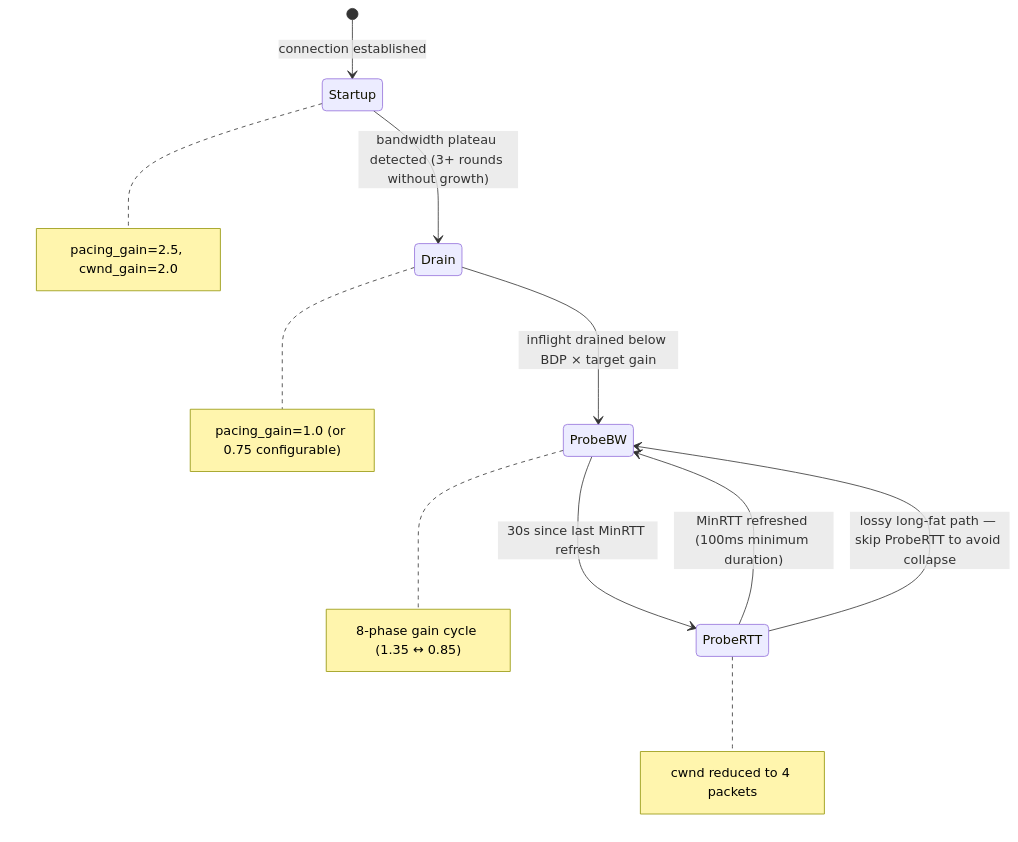
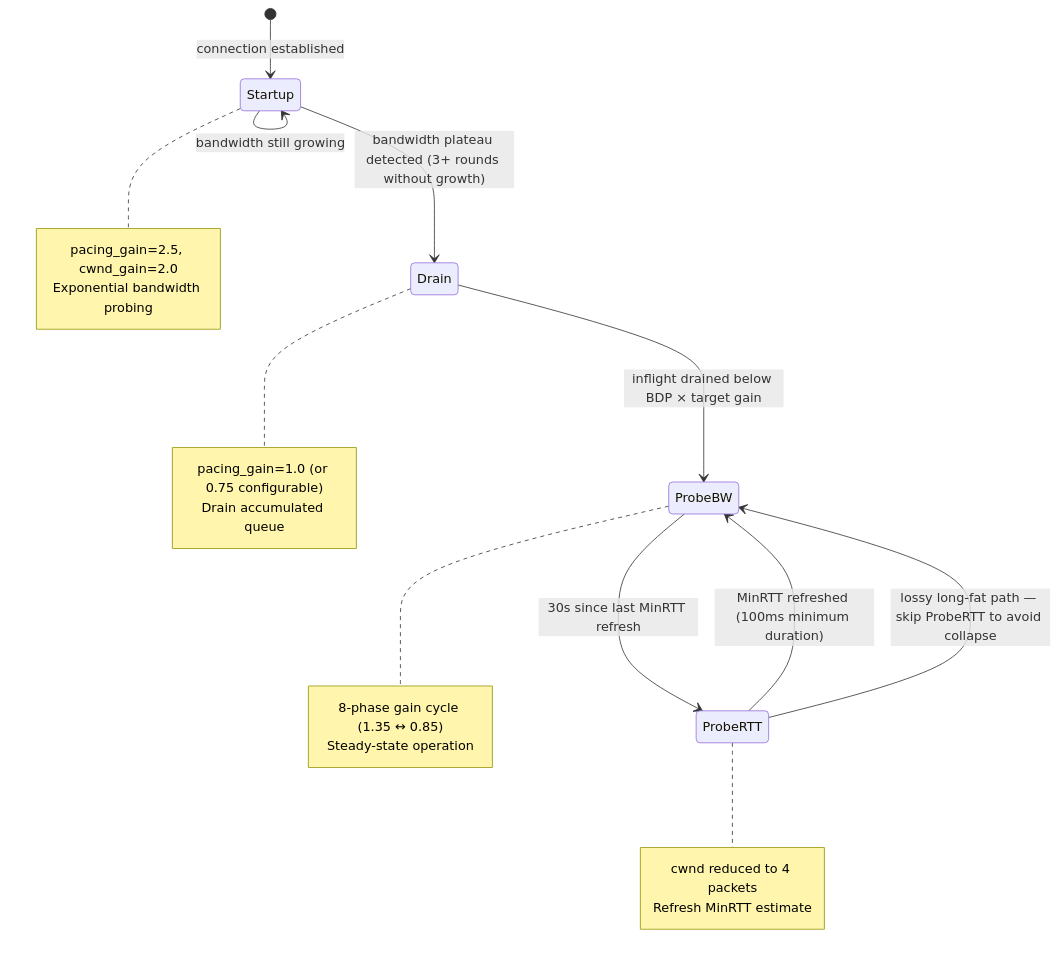
One commit to liulilittle/ucp changed the fourth of 12 diagrams in README.md. Above: the diagram before and after it, drawn with Mermaid. The commit also changed other lines of this file and 17 other files, not shown here.

````diff
--- a/README.md
+++ b/README.md
@@ -175,14 +317,15 @@
 ```mermaid
 stateDiagram-v2
     [*] --> Startup: connection established
     Startup --> Drain: bandwidth plateau detected (3+ rounds without growth)
     Drain --> ProbeBW: inflight drained below BDP × target gain
     ProbeBW --> ProbeRTT: 30s since last MinRTT refresh
     ProbeRTT --> ProbeBW: MinRTT refreshed (100ms minimum duration)
     ProbeRTT --> ProbeBW: lossy long-fat path — skip ProbeRTT to avoid collapse
+    Startup --> Startup: bandwidth still growing
 
-    note right of Startup: pacing_gain=2.5, cwnd_gain=2.0
-    note right of Drain: pacing_gain=1.0 (or 0.75 configurable)
-    note right of ProbeBW: 8-phase gain cycle (1.35 ↔ 0.85)
-    note right of ProbeRTT: cwnd reduced to 4 packets
+    note right of Startup: pacing_gain=2.5, cwnd_gain=2.0<br/>Exponential bandwidth probing
+    note right of Drain: pacing_gain=1.0 (or 0.75 configurable)<br/>Drain accumulated queue
+    note right of ProbeBW: 8-phase gain cycle (1.35 ↔ 0.85)<br/>Steady-state operation
+    note right of ProbeRTT: cwnd reduced to 4 packets<br/>Refresh MinRTT estimate
 ```
````
